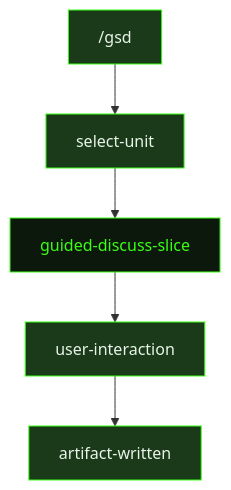
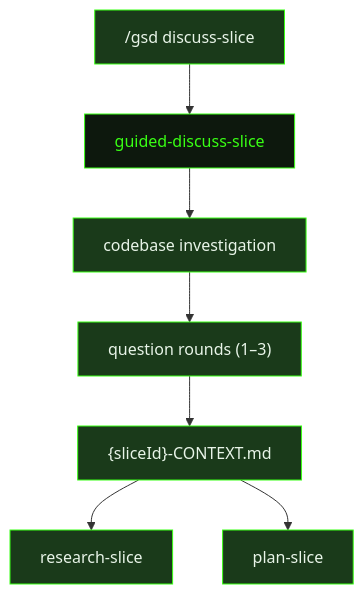
Before and after one commit to shusha-group/gsd2-guide: the diagram in src/content/docs/prompts/guided-discuss-slice.mdx, drawn with Mermaid. The commit also changed other lines of this file and 79 other files, not shown here.

````diff
--- a/src/content/docs/prompts/guided-discuss-slice.mdx
+++ b/src/content/docs/prompts/guided-discuss-slice.mdx
@@ -18,13 +20,17 @@
 ```mermaid
 flowchart TD
-    GsdCommand["/gsd"] --> SelectUnit["select-unit"]
-    SelectUnit --> GuidedDiscussSlice["guided-discuss-slice"]
-    GuidedDiscussSlice --> UserInteraction["user-interaction"]
-    UserInteraction --> ArtifactWritten["artifact-written"]
+    DiscussCmd["/gsd discuss-slice"] --> GuidedDiscussSlice["guided-discuss-slice"]
+    GuidedDiscussSlice --> Investigation["codebase investigation"]
+    Investigation --> QuestionRounds["question rounds (1–3)"]
+    QuestionRounds --> ContextFile["{sliceId}-CONTEXT.md"]
+    ContextFile --> ResearchSlice["research-slice"]
+    ContextFile --> PlanSlice["plan-slice"]
 
     style GuidedDiscussSlice fill:#0d180d,stroke:#39ff14,color:#39ff14
-    style GsdCommand fill:#1a3a1a,stroke:#39ff14,color:#e8f4e8
-    style SelectUnit fill:#1a3a1a,stroke:#39ff14,color:#e8f4e8
-    style UserInteraction fill:#1a3a1a,stroke:#39ff14,color:#e8f4e8
-    style ArtifactWritten fill:#1a3a1a,stroke:#39ff14,color:#e8f4e8
+    style DiscussCmd fill:#1a3a1a,stroke:#39ff14,color:#e8f4e8
+    style Investigation fill:#1a3a1a,stroke:#39ff14,color:#e8f4e8
+    style QuestionRounds fill:#1a3a1a,stroke:#39ff14,color:#e8f4e8
+    style ContextFile fill:#1a3a1a,stroke:#39ff14,color:#e8f4e8
+    style ResearchSlice fill:#1a3a1a,stroke:#39ff14,color:#e8f4e8
+    style PlanSlice fill:#1a3a1a,stroke:#39ff14,color:#e8f4e8
 ```
````
